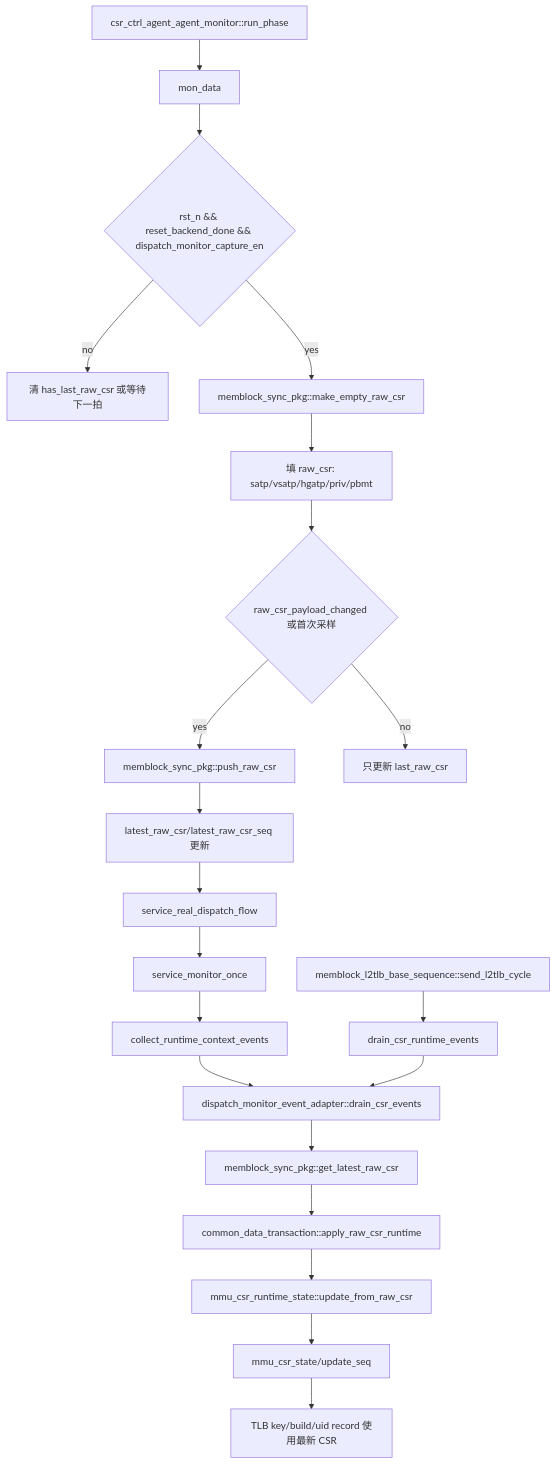
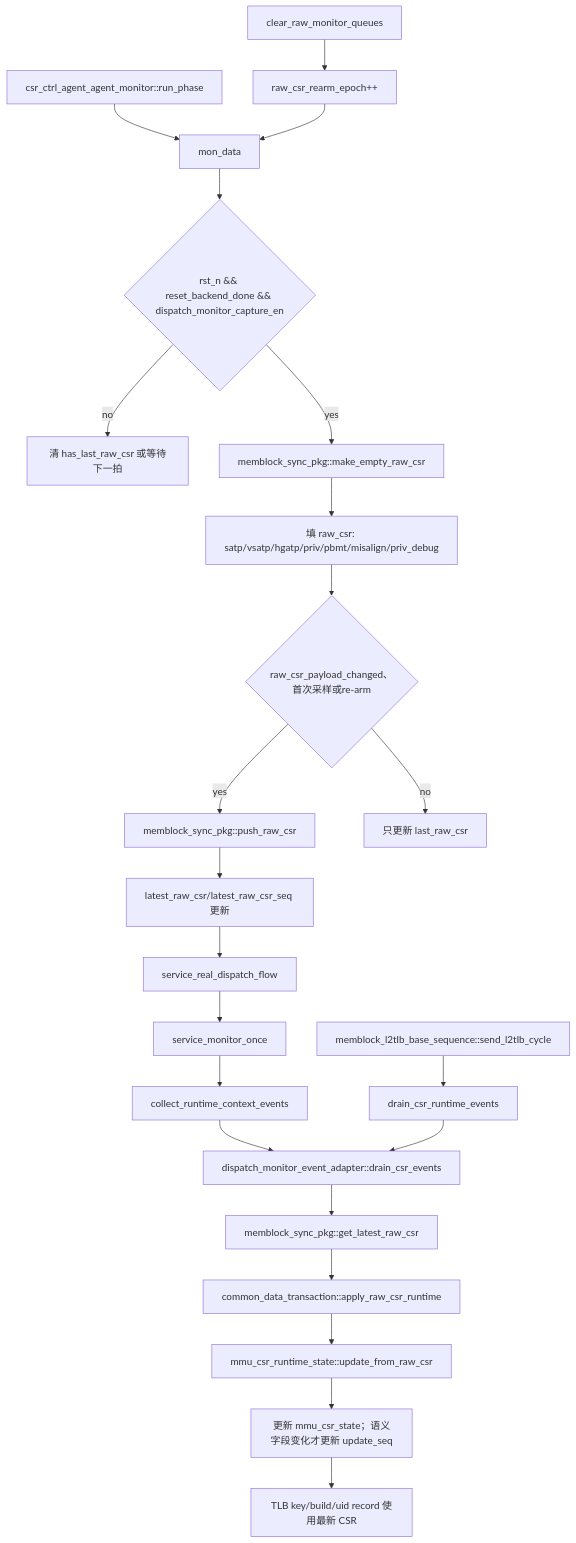
The diagram in AI_DOC/mem_ut_flow_doc/csr_runtime_sync_flow.md (OpenXiangShan/XiangShan), drawn with Mermaid before and after one commit. The commit also changed other lines of this file and 18 other files, not shown here.

````diff
--- a/AI_DOC/mem_ut_flow_doc/csr_runtime_sync_flow.md
+++ b/AI_DOC/mem_ut_flow_doc/csr_runtime_sync_flow.md
@@ -7,24 +32,26 @@
 ```mermaid
 flowchart TD
     A[csr_ctrl_agent_agent_monitor::run_phase] --> B[mon_data]
+    V[clear_raw_monitor_queues] --> W[raw_csr_rearm_epoch++]
+    W --> B
     B --> C{rst_n && reset_backend_done && dispatch_monitor_capture_en}
     C -->|no| D[清 has_last_raw_csr 或等待下一拍]
     C -->|yes| E[memblock_sync_pkg::make_empty_raw_csr]
-    E --> F[填 raw_csr: satp/vsatp/hgatp/priv/pbmt]
-    F --> G{raw_csr_payload_changed 或首次采样}
+    E --> F[填 raw_csr: satp/vsatp/hgatp/priv/pbmt/misalign/priv_debug]
+    F --> G{raw_csr_payload_changed、首次采样或re-arm}
     G -->|yes| H[memblock_sync_pkg::push_raw_csr]
     G -->|no| I[只更新 last_raw_csr]
     H --> J[latest_raw_csr/latest_raw_csr_seq 更新]
     J --> K[service_real_dispatch_flow]
     K --> L[service_monitor_once]
     L --> M[collect_runtime_context_events]
     M --> N[dispatch_monitor_event_adapter::drain_csr_events]
     N --> O[memblock_sync_pkg::get_latest_raw_csr]
     O --> P[common_data_transaction::apply_raw_csr_runtime]
     P --> Q[mmu_csr_runtime_state::update_from_raw_csr]
-    Q --> R[mmu_csr_state/update_seq]
+    Q --> R[更新 mmu_csr_state；语义字段变化才更新 update_seq]
     R --> S[TLB key/build/uid record 使用最新 CSR]
 
     T[memblock_l2tlb_base_sequence::send_l2tlb_cycle] --> U[drain_csr_runtime_events]
     U --> N
 ```
````
